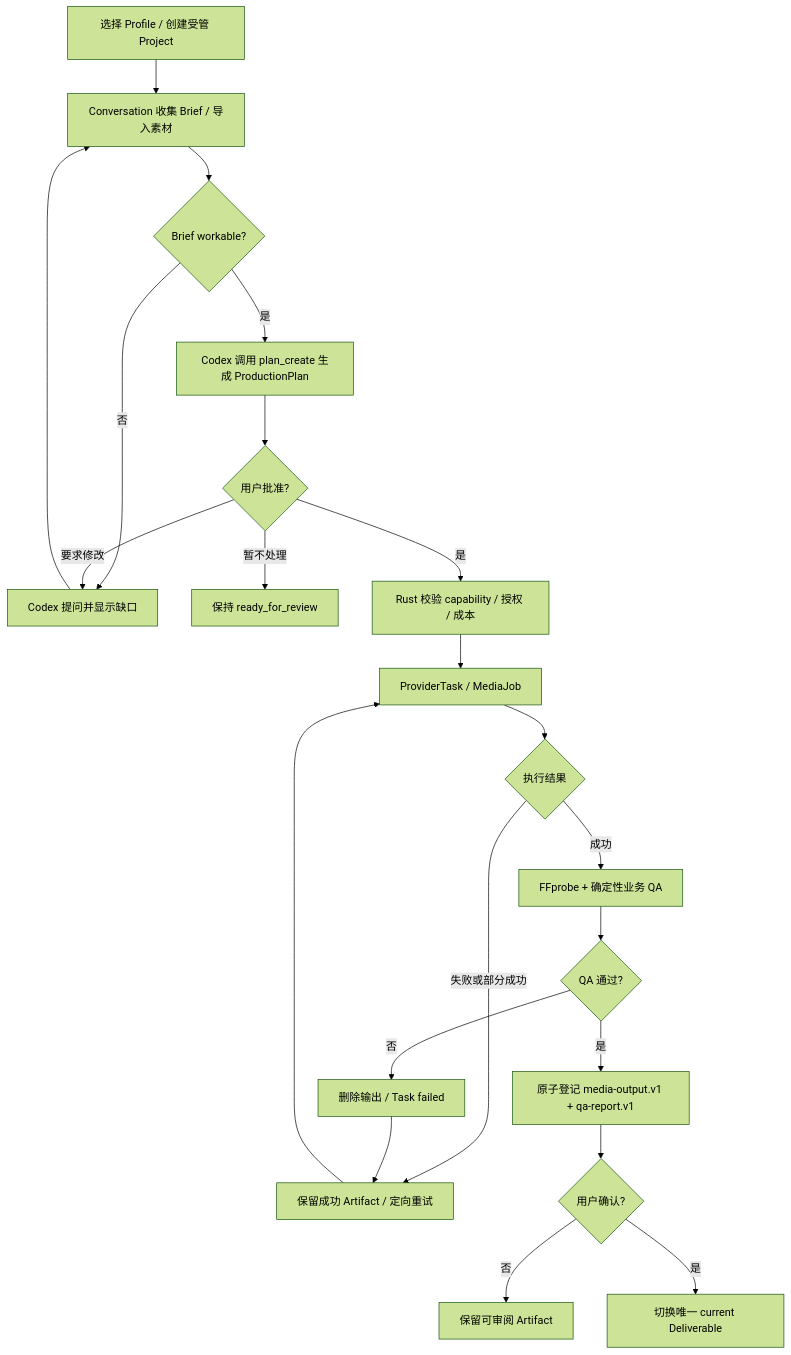
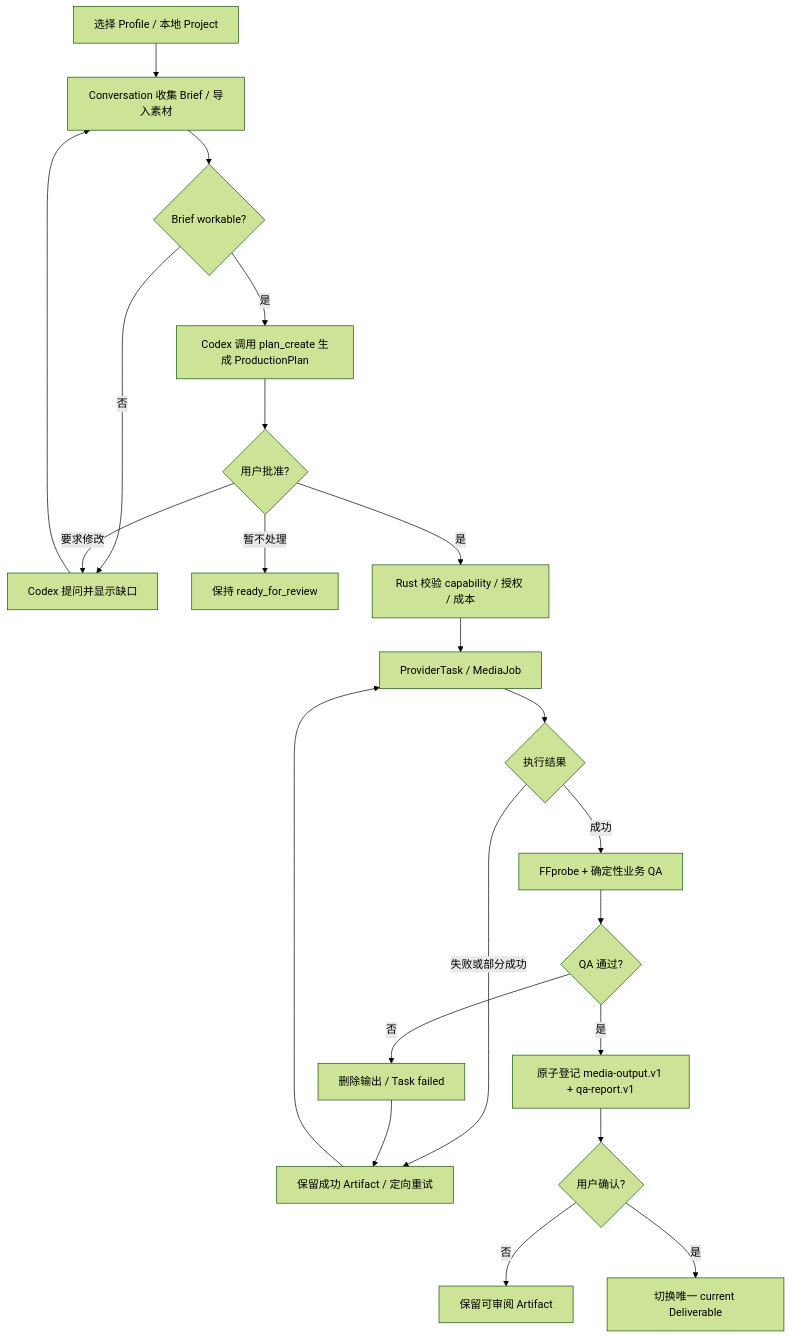
Before and after one commit to limecloud/limeshot: the ninth of 9 diagrams in internal/roadmap/v1/DIAGRAMS.md, drawn with Mermaid (forest theme). The commit also changed other lines of this file and 754 other files, not shown here.

````diff
--- a/internal/roadmap/v1/DIAGRAMS.md
+++ b/internal/roadmap/v1/DIAGRAMS.md
@@ -293,24 +290,24 @@
 ```mermaid
 flowchart TD
-    A[选择 Profile / 创建受管 Project] --> B[Conversation 收集 Brief / 导入素材]
+    A[选择 Profile / 本地 Project] --> B[Conversation 收集 Brief / 导入素材]
     B --> C{Brief workable?}
     C -- 否 --> D[Codex 提问并显示缺口]
     D --> B
     C -- 是 --> E[Codex 调用 plan_create 生成 ProductionPlan]
     E --> F{用户批准?}
     F -- 要求修改 --> D
     F -- 暂不处理 --> G[保持 ready_for_review]
     F -- 是 --> H[Rust 校验 capability / 授权 / 成本]
     H --> I[ProviderTask / MediaJob]
     I --> J{执行结果}
     J -- 失败或部分成功 --> K[保留成功 Artifact / 定向重试]
     K --> I
     J -- 成功 --> L[FFprobe + 确定性业务 QA]
     L --> Q{QA 通过?}
     Q -- 否 --> R[删除输出 / Task failed]
     R --> K
     Q -- 是 --> S[原子登记 media-output.v1 + qa-report.v1]
     S --> M{用户确认?}
     M -- 否 --> T[保留可审阅 Artifact]
     M -- 是 --> N[切换唯一 current Deliverable]
 ```
````
